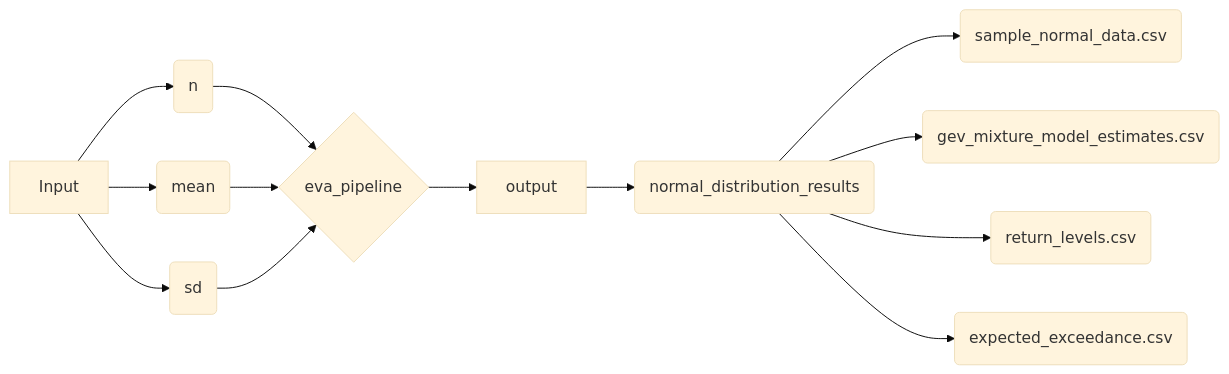
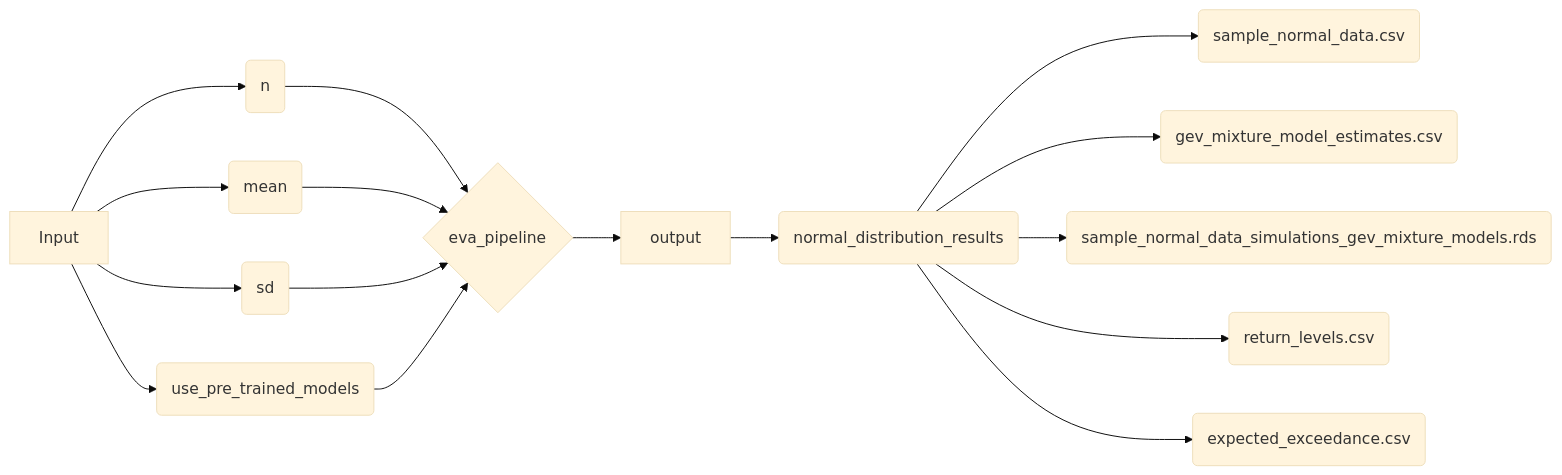
The fourth of 7 diagrams in model-operations.qmd (pdkengne/evops_manual), drawn with Mermaid (base theme) before and after one commit. The commit also changed other lines of this file and 9 other files, not shown here.

Commit message:
add option to use pre-trained models

````diff
--- a/model-operations.qmd
+++ b/model-operations.qmd
@@ -141,15 +159,18 @@
 ```{mermaid}
 flowchart LR
   I[Input] --> A(n)
   I[Input] --> B(mean)
   I[Input] --> C(sd)
+  I[Input] --> C1(use_pre_trained_models)
   A --> D{eva_pipeline}
   B --> D
   C --> D
+  C1 --> D
   D --> O[output]
   O --> E(normal_distribution_results)
   E --> E1(sample_normal_data.csv)
   E --> E2(gev_mixture_model_estimates.csv)
+  E --> E5(sample_normal_data_simulations_gev_mixture_models.rds)
   E --> E3(return_levels.csv)
   E --> E4(expected_exceedance.csv)
 ```
````
